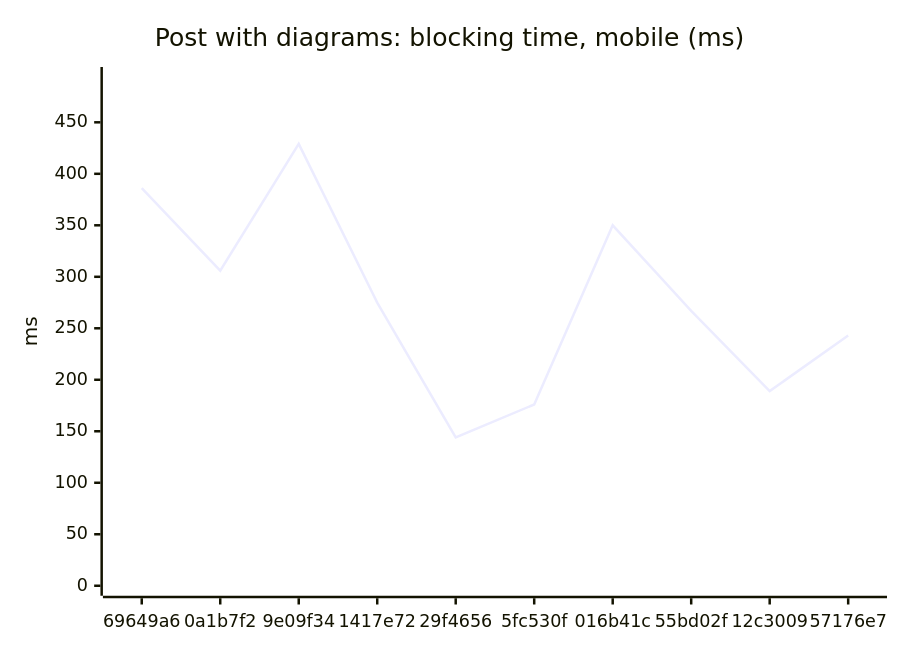
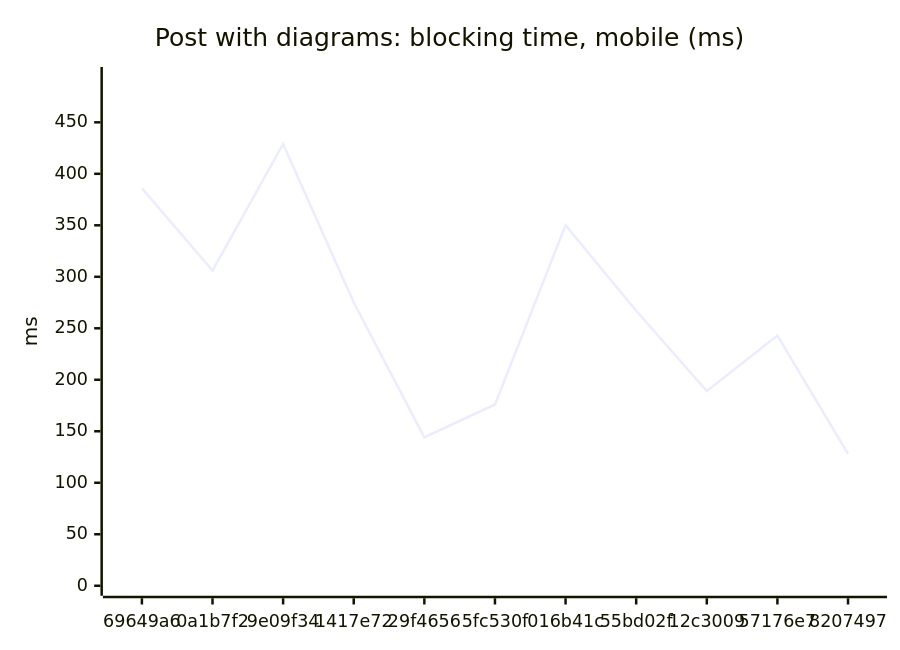
Before and after one commit to AxelUser/maltsev.space: diagram 16 of 18 in README.md, drawn with Mermaid. The commit also changed other lines of this file and 1 other file, not shown here.

````diff
--- a/README.md
+++ b/README.md
@@ -169,7 +169,7 @@
 ```mermaid
 xychart-beta
   title "Post with diagrams: blocking time, mobile (ms)"
-  x-axis ["69649a6", "0a1b7f2", "9e09f34", "1417e72", "29f4656", "5fc530f", "016b41c", "55bd02f", "12c3009", "57176e7"]
+  x-axis ["69649a6", "0a1b7f2", "9e09f34", "1417e72", "29f4656", "5fc530f", "016b41c", "55bd02f", "12c3009", "57176e7", "8207497"]
   y-axis "ms" 0 --> 494
-  line [386, 306, 429, 275, 144, 176, 350, 267, 189, 243]
+  line [386, 306, 429, 275, 144, 176, 350, 267, 189, 243, 128]
 ```
````
